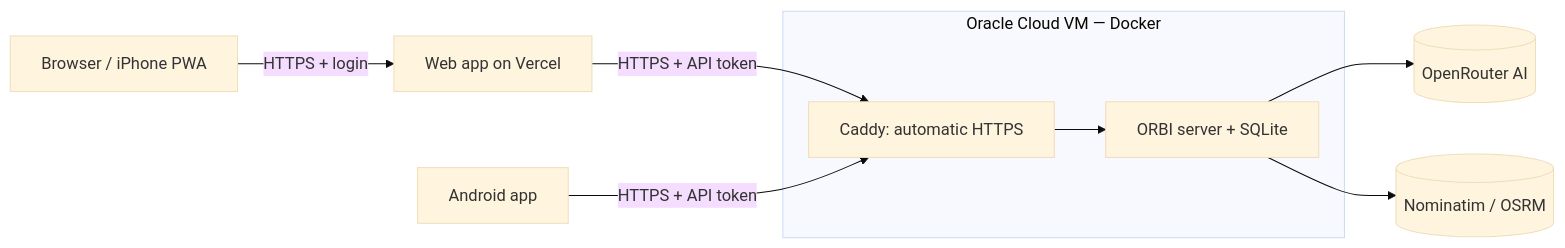
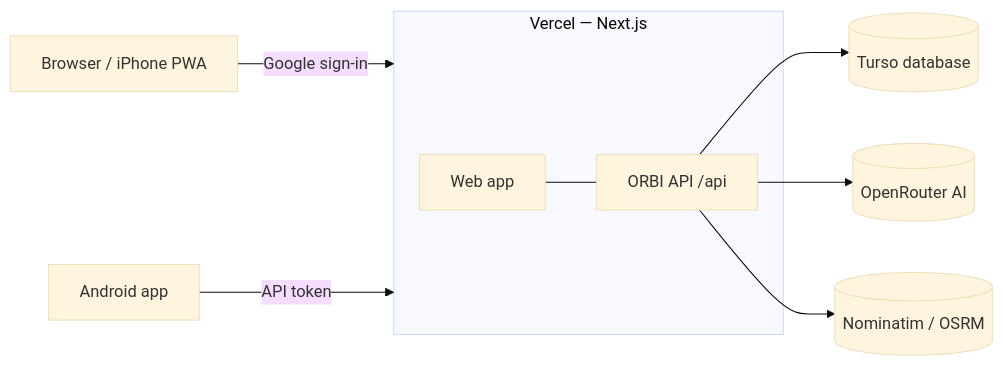
The diagram in docs/deployment.md (kaizenics/orbi), drawn with Mermaid (base theme) before and after one commit. The commit also changed other lines of this file and 5 other files, not shown here.

Commit message:
docs: deploy on Vercel with Turso and Google sign-in

````diff
--- a/docs/deployment.md
+++ b/docs/deployment.md
@@ -5,11 +5,11 @@
 ```mermaid
 flowchart LR
-  Browser[Browser / iPhone PWA] -->|HTTPS + login| Vercel[Web app on Vercel]
-  Vercel -->|HTTPS + API token| Caddy
-  Phone[Android app] -->|HTTPS + API token| Caddy
-  subgraph VM [Oracle Cloud VM — Docker]
-    Caddy[Caddy: automatic HTTPS] --> Server[ORBI server + SQLite]
+  Browser[Browser / iPhone PWA] -->|Google sign-in| Vercel
+  Phone[Android app] -->|API token| Vercel
+  subgraph Vercel [Vercel — Next.js]
+    Web[Web app] --- API[ORBI API /api]
   end
-  Server --> OpenRouter[(OpenRouter AI)]
-  Server --> OSM[(Nominatim / OSRM)]
+  API --> Turso[(Turso database)]
+  API --> OpenRouter[(OpenRouter AI)]
+  API --> OSM[(Nominatim / OSRM)]
 ```
````
